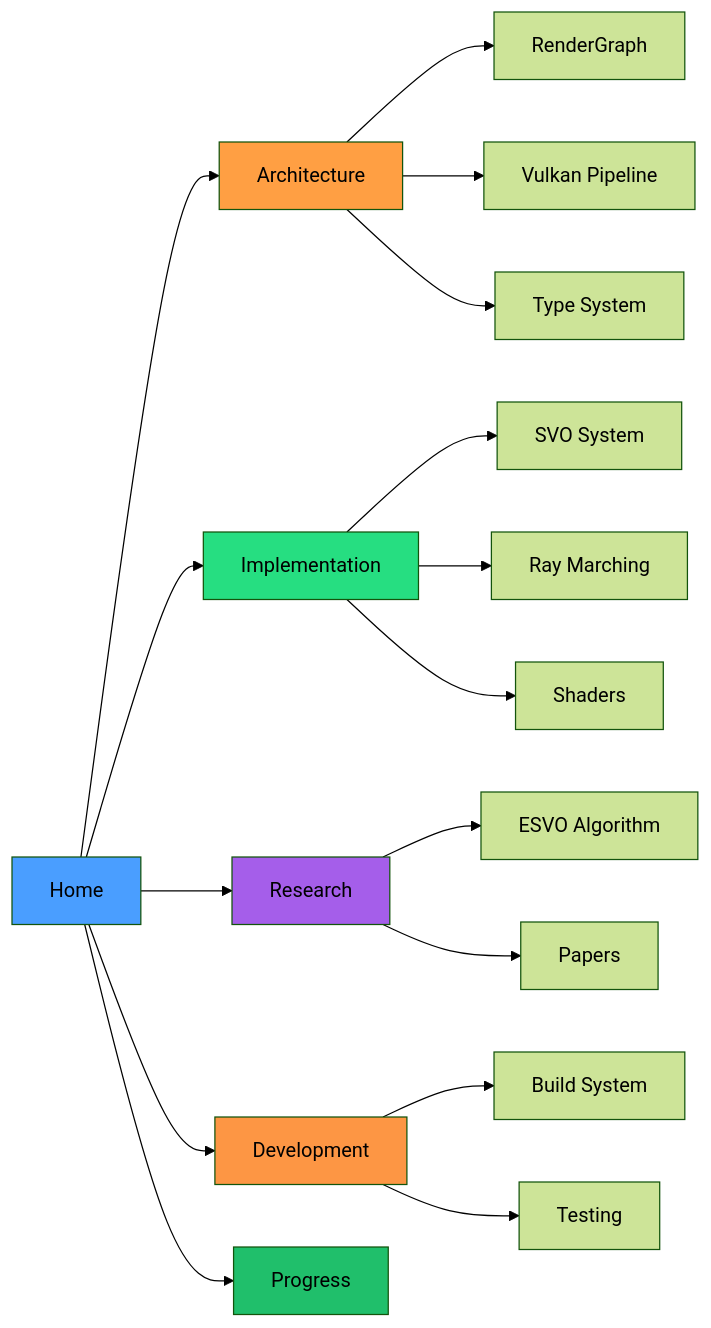
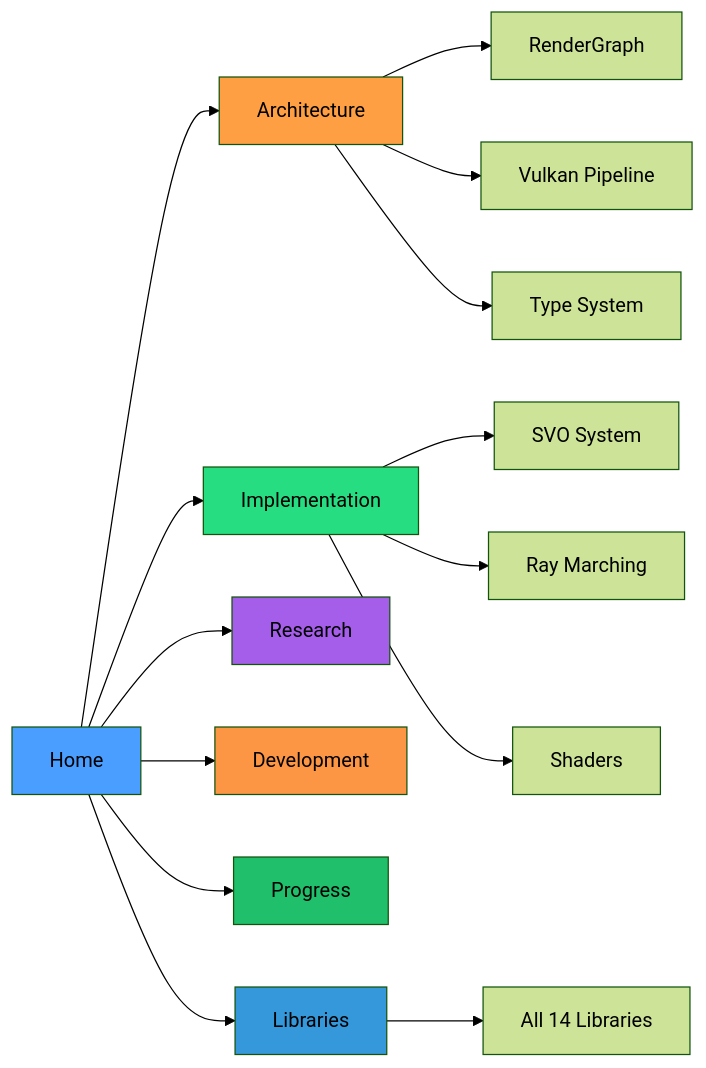
One commit to Lint111/VBVS--VIXEN changed the diagram in VIXEN/Vixen-Docs/00-Index/Home.md. Above: the diagram before and after it, drawn with Mermaid (forest theme). The commit also changed other lines of this file and 17 other files, not shown here.

````diff
--- a/VIXEN/Vixen-Docs/00-Index/Home.md
+++ b/VIXEN/Vixen-Docs/00-Index/Home.md
@@ -19,29 +19,27 @@
 ```mermaid
 graph LR
     A[Home] --> B[Architecture]
     A --> C[Implementation]
     A --> D[Research]
     A --> E[Development]
     A --> F[Progress]
+    A --> L[Libraries]
 
     B --> B1[RenderGraph]
     B --> B2[Vulkan Pipeline]
     B --> B3[Type System]
 
     C --> C1[SVO System]
     C --> C2[Ray Marching]
     C --> C3[Shaders]
 
-    D --> D1[ESVO Algorithm]
-    D --> D2[Papers]
-
-    E --> E1[Build System]
-    E --> E2[Testing]
+    L --> L1[All 14 Libraries]
 
     style A fill:#4a9eff
     style B fill:#ff9f43
     style C fill:#26de81
     style D fill:#a55eea
     style E fill:#fd9644
     style F fill:#20bf6b
+    style L fill:#3498db
 ```
````
